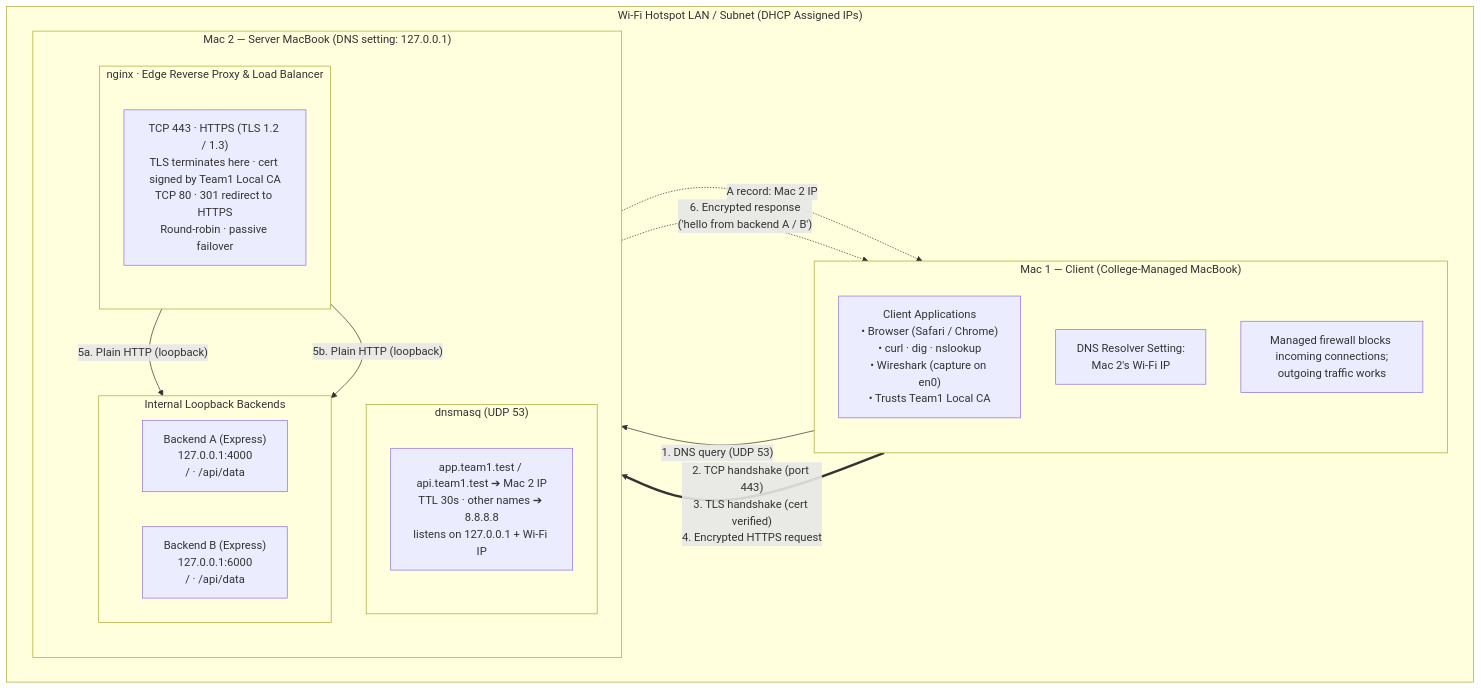
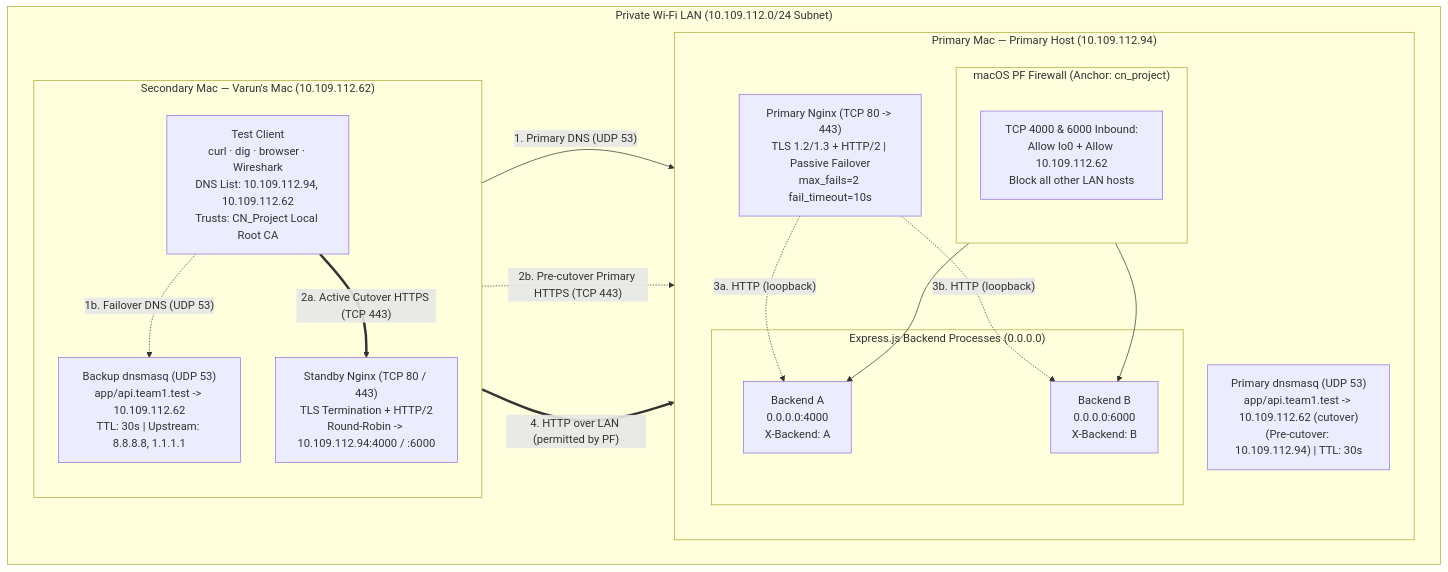
Before and after one commit to varunudata/CN_Project: the first of 2 diagrams in docs/architecture.md, drawn with Mermaid. The commit also changed other lines of this file and 1 other file, not shown here.

Commit message:
docs: add two-Mac Phase 2 architecture and setup runbook

````diff
--- a/docs/architecture.md
+++ b/docs/architecture.md
@@ -9,37 +18,39 @@
 ```mermaid
 flowchart TD
-    subgraph LAN["Wi-Fi Hotspot LAN / Subnet (DHCP Assigned IPs)"]
-        subgraph MAC1["Mac 1 — Client (College-Managed MacBook)"]
+    subgraph LAN["Private Wi-Fi LAN (10.109.112.0/24 Subnet)"]
+        subgraph MAC2["Secondary Mac — Varun's Mac (10.109.112.62)"]
             direction TB
-            CLIENT_TOOLS["Client Applications\n• Browser (Safari / Chrome)\n• curl · dig · nslookup\n• Wireshark (capture on en0)\n• Trusts Team1 Local CA"]
-            CLIENT_DNS["DNS Resolver Setting:\nMac 2's Wi-Fi IP"]
-            CLIENT_NOTE["Managed firewall blocks incoming connections;\noutgoing traffic works"]
+            CLIENT["Test Client\ncurl · dig · browser · Wireshark\nDNS List: 10.109.112.94, 10.109.112.62\nTrusts: CN_Project Local Root CA"]
+            BACKUP_DNS["Backup dnsmasq (UDP 53)\napp/api.team1.test -> 10.109.112.62\nTTL: 30s | Upstream: 8.8.8.8, 1.1.1.1"]
+            STANDBY_NGINX["Standby Nginx (TCP 80 / 443)\nTLS Termination + HTTP/2\nRound-Robin -> 10.109.112.94:4000 / :6000"]
         end
 
-        subgraph MAC2["Mac 2 — Server MacBook (DNS setting: 127.0.0.1)"]
+        subgraph MAC1["Primary Mac — Primary Host (10.109.112.94)"]
             direction TB
-            subgraph DNS_BOX["dnsmasq (UDP 53)"]
-                DNS_DESC["app.team1.test / api.team1.test ➔ Mac 2 IP\nTTL 30s · other names ➔ 8.8.8.8\nlistens on 127.0.0.1 + Wi-Fi IP"]
+            PRIMARY_DNS["Primary dnsmasq (UDP 53)\napp/api.team1.test -> 10.109.112.62 (cutover)\n(Pre-cutover: 10.109.112.94) | TTL: 30s"]
+            PRIMARY_NGINX["Primary Nginx (TCP 80 -> 443)\nTLS 1.2/1.3 + HTTP/2 | Passive Failover\nmax_fails=2 fail_timeout=10s"]
+
+            subgraph PF_BOX["macOS PF Firewall (Anchor: cn_project)"]
+                PF_RULES["TCP 4000 & 6000 Inbound:\nAllow lo0 + Allow 10.109.112.62\nBlock all other LAN hosts"]
             end
 
-            subgraph NGINX_BOX["nginx · Edge Reverse Proxy & Load Balancer"]
-                NGINX_DESC["TCP 443 · HTTPS (TLS 1.2 / 1.3)\nTLS terminates here · cert signed by Team1 Local CA\nTCP 80 · 301 redirect to HTTPS\nRound-robin · passive failover"]
-            end
-
-            subgraph BACKENDS["Internal Loopback Backends"]
-                direction LR
-                BACKEND_A["Backend A (Express)\n127.0.0.1:4000\n/ · /api/data"]
-                BACKEND_B["Backend B (Express)\n127.0.0.1:6000\n/ · /api/data"]
+            subgraph BACKENDS["Express.js Backend Processes (0.0.0.0)"]
+                BACKEND_A["Backend A\n0.0.0.0:4000\nX-Backend: A"]
+                BACKEND_B["Backend B\n0.0.0.0:6000\nX-Backend: B"]
             end
         end
     end
 
-    CLIENT_TOOLS -->|"1. DNS query (UDP 53)"| DNS_BOX
-    DNS_BOX -.->|"A record: Mac 2 IP"| CLIENT_TOOLS
+    CLIENT -->|"1. Primary DNS (UDP 53)"| PRIMARY_DNS
+    CLIENT -.->|"1b. Failover DNS (UDP 53)"| BACKUP_DNS
 
-    CLIENT_TOOLS ==>|"2. TCP handshake (port 443)\n3. TLS handshake (cert verified)\n4. Encrypted HTTPS request"| NGINX_BOX
-    NGINX_BOX -.->|"6. Encrypted response\n('hello from backend A / B')"| CLIENT_TOOLS
+    CLIENT ==>|"2a. Active Cutover HTTPS (TCP 443)"| STANDBY_NGINX
+    CLIENT -.->|"2b. Pre-cutover Primary HTTPS (TCP 443)"| PRIMARY_NGINX
 
-    NGINX_BOX -->|"5a. Plain HTTP (loopback)"| BACKEND_A
-    NGINX_BOX -->|"5b. Plain HTTP (loopback)"| BACKEND_B
+    PRIMARY_NGINX -.->|"3a. HTTP (loopback)"| BACKEND_A
+    PRIMARY_NGINX -.->|"3b. HTTP (loopback)"| BACKEND_B
+
+    STANDBY_NGINX ==>|"4. HTTP over LAN (permitted by PF)"| PF_BOX
+    PF_BOX --> BACKEND_A
+    PF_BOX --> BACKEND_B
 ```
````
